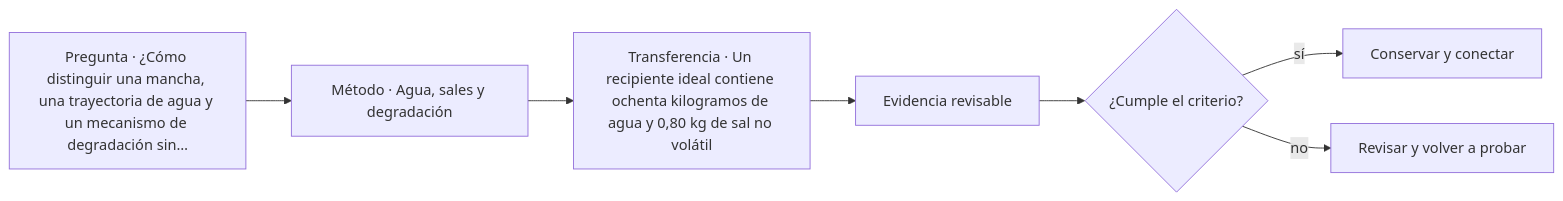
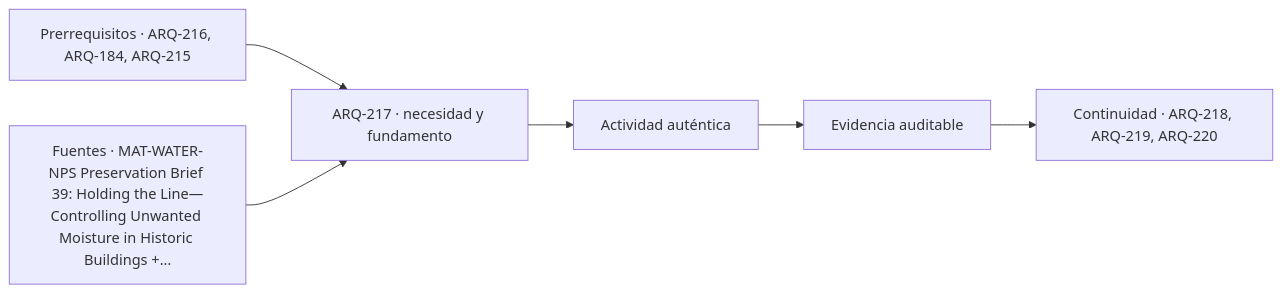
One commit to vladimiracunadev-create/architecture-built-environment-learning-program changed the diagram in classes/parte-22/ARQ-217.md. Above: the diagram before and after it, drawn with Mermaid. The commit also changed other lines of this file and 761 other files, not shown here.

````diff
--- a/classes/parte-22/ARQ-217.md
+++ b/classes/parte-22/ARQ-217.md
@@ -99,9 +111,8 @@
 ```mermaid
 flowchart LR
-    Q["Pregunta · ¿Cómo distinguir una mancha, una trayectoria de agua y un mecanismo de degradación sin…"] --> M["Método · Agua, sales y degradación"]
-    M --> P["Transferencia · Un recipiente ideal contiene ochenta kilogramos de agua y 0,80 kg de sal no volátil"]
-    P --> E["Evidencia revisable"]
-    E --> C{"¿Cumple el criterio?"}
-    C -->|sí| T["Conservar y conectar"]
-    C -->|no| R["Revisar y volver a probar"]
+    A["Prerrequisitos · ARQ-216, ARQ-184, ARQ-215"] --> B["ARQ-217 · necesidad y fundamento"]
+    S["Fuentes · MAT-WATER-NPS Preservation Brief 39: Holding the Line—Controlling Unwanted Moisture in Historic Buildings +…"] --> B
+    B --> C["Actividad auténtica"]
+    C --> D["Evidencia auditable"]
+    D --> E["Continuidad · ARQ-218, ARQ-219, ARQ-220"]
 ```
````
